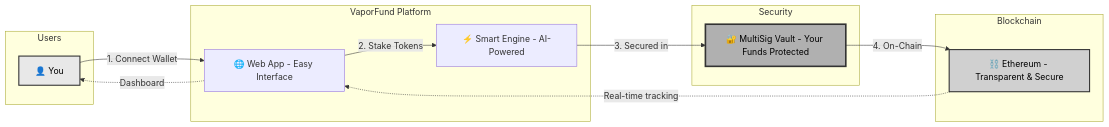
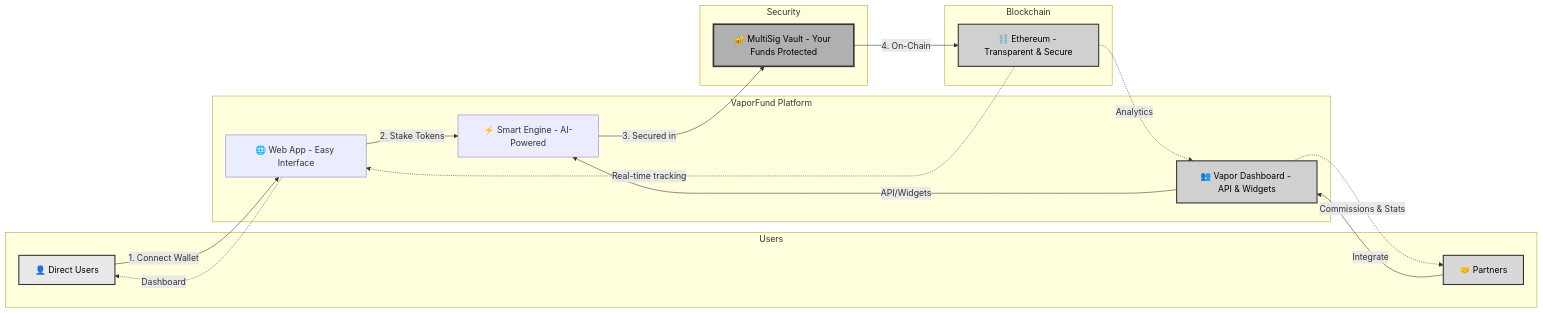
One commit to VaporFund/vapor-staking-platform-docs changed the first of 20 diagrams in ARCHITECTURE.md. Above: the diagram before and after it, drawn with Mermaid. The commit also changed other lines of this file and 5 other files, not shown here.

````diff
--- a/ARCHITECTURE.md
+++ b/ARCHITECTURE.md
@@ -11,30 +11,38 @@
 ```mermaid
 graph LR
     subgraph Users
-        U["👤 You"]
+        U["👤 Direct Users"]
+        P["🤝 Partners"]
     end
 
     subgraph Platform["VaporFund Platform"]
         WEB["🌐 Web App - Easy Interface"]
+        PORTAL["👥 Vapor Dashboard - API & Widgets"]
         API["⚡ Smart Engine - AI-Powered"]
     end
 
     subgraph Security
         SAFE["🔐 MultiSig Vault - Your Funds Protected"]
     end
 
     subgraph Blockchain
         ETH["⛓️ Ethereum - Transparent & Secure"]
     end
 
     U -->|1. Connect Wallet| WEB
+    P -->|Integrate| PORTAL
     WEB -->|2. Stake Tokens| API
+    PORTAL -->|API/Widgets| API
     API -->|3. Secured in| SAFE
     SAFE -->|4. On-Chain| ETH
     ETH -.Real-time tracking.-> WEB
+    ETH -.Analytics.-> PORTAL
     WEB -.Dashboard.-> U
+    PORTAL -.Commissions & Stats.-> P
 
     style U fill:#e8e8e8,stroke:#333,stroke-width:2px,color:#000
+    style P fill:#d8d8d8,stroke:#333,stroke-width:2px,color:#000
+    style PORTAL fill:#d0d0d0,stroke:#333,stroke-width:2px,color:#000
     style SAFE fill:#b0b0b0,stroke:#333,stroke-width:3px,color:#000
     style ETH fill:#d0d0d0,stroke:#333,stroke-width:2px,color:#000
 ```
````
